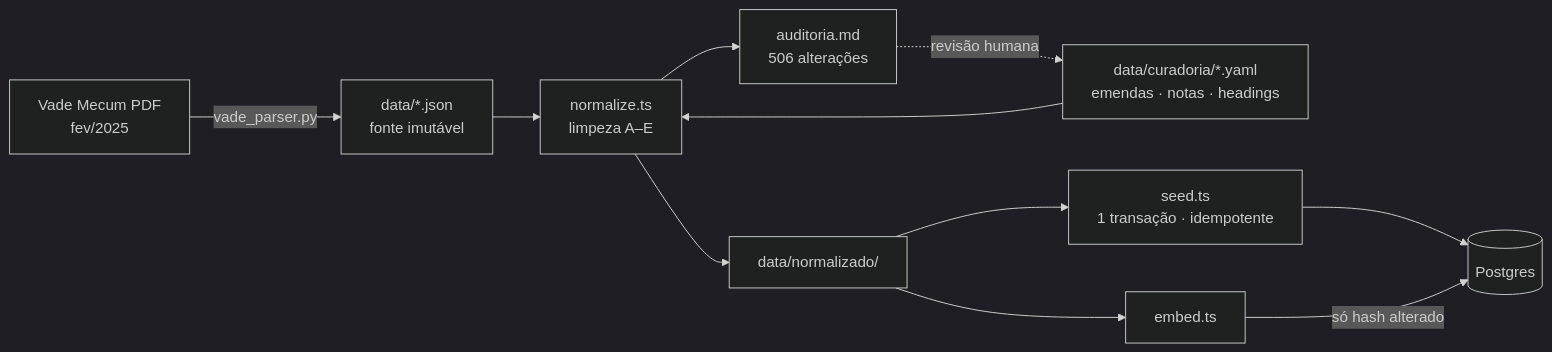
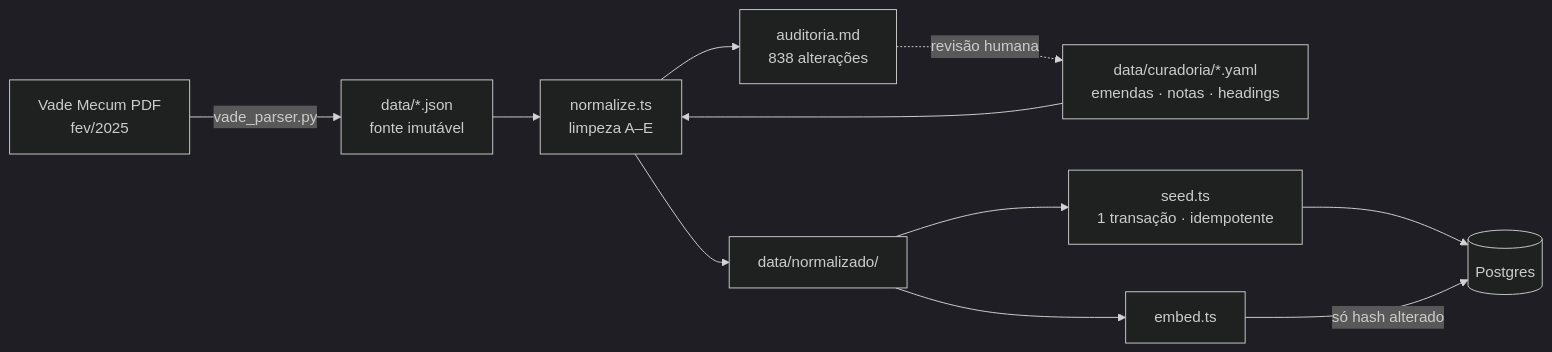
The second of 4 diagrams in README.md (yLich-hub/Ipsis), drawn with Mermaid (dark theme) before and after one commit. The commit also changed other lines of this file, not shown here.

````diff
--- a/README.md
+++ b/README.md
@@ -159,13 +159,13 @@
 ```mermaid
 flowchart LR
     PDF["Vade Mecum PDF<br/>fev/2025"] -->|"vade_parser.py"| JSON["data/*.json<br/>fonte imutável"]
     JSON --> NORM["normalize.ts<br/>limpeza A–E"]
     CUR["data/curadoria/*.yaml<br/>emendas · notas · headings"] --> NORM
     NORM --> ND["data/normalizado/"]
-    NORM --> AUD["auditoria.md<br/>506 alterações"]
+    NORM --> AUD["auditoria.md<br/>838 alterações"]
     AUD -.->|"revisão humana"| CUR
     ND --> SEED["seed.ts<br/>1 transação · idempotente"]
     ND --> EMB["embed.ts"]
     SEED --> DB[("Postgres")]
     EMB -->|"só hash alterado"| DB
 ```
````
